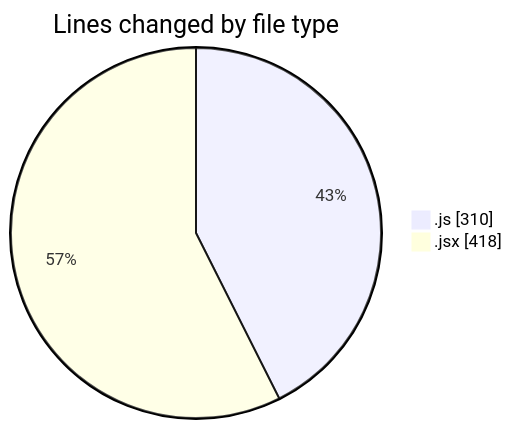
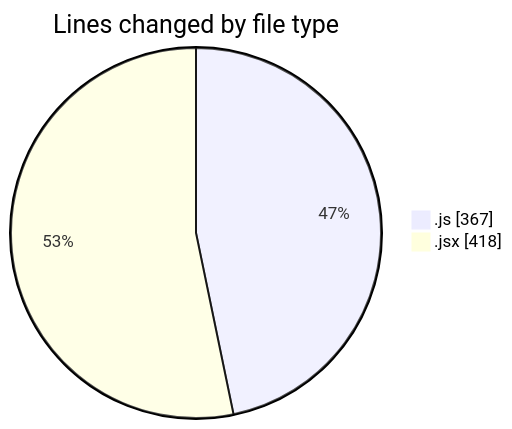
One commit to nxtqubesakshisongat/code-tracking changed the first of 2 diagrams in 2025-05-29/nxtqube_webapp/README.md. Above: the diagram before and after it, drawn with Mermaid. The commit also changed other lines of this file and 1 other file, not shown here.

````diff
--- a/2025-05-29/nxtqube_webapp/README.md
+++ b/2025-05-29/nxtqube_webapp/README.md
@@ -26,6 +27,6 @@
 ```mermaid
 pie showData
 title Lines changed by file type
-".js" : 310
+".js" : 367
 ".jsx" : 418
 ```
````
